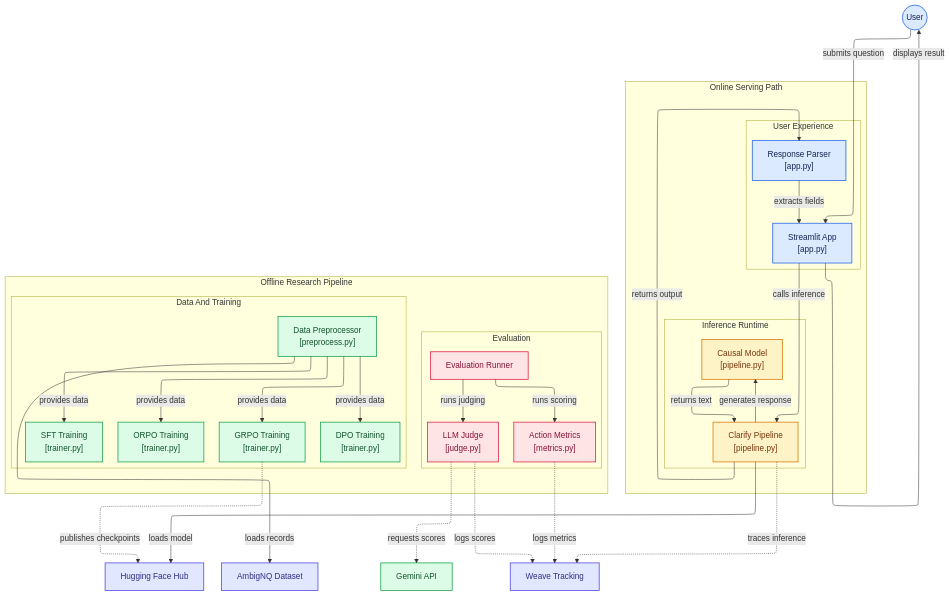
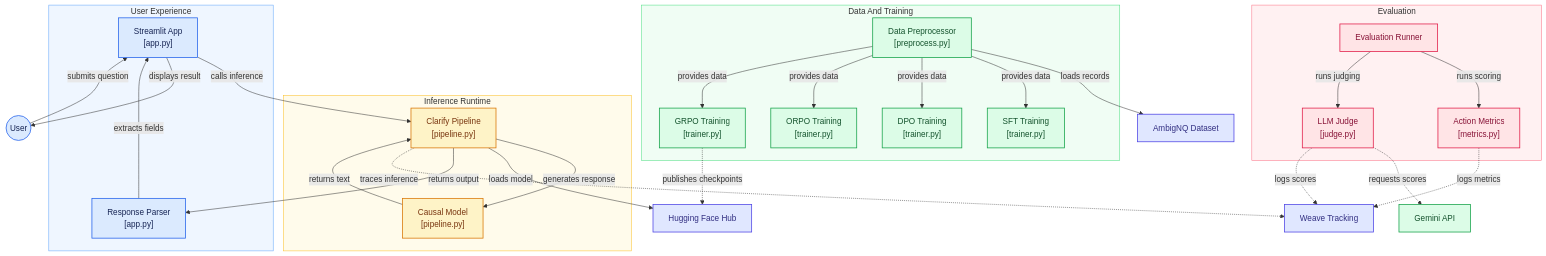
The diagram in docs/diagrams/architecture.mmd (chrisjcc/ask-before-answer), drawn with Mermaid before and after one commit. The commit also changed 1 other file, not shown here.

Commit message:
fix(docs): Fix diagram format and layout

```diff
--- a/docs/diagrams/architecture.mmd
+++ b/docs/diagrams/architecture.mmd
@@ -1,89 +1,84 @@
-%%{init: {"layout": "elk"}}%%
 flowchart TD
 
-subgraph online["Online Serving Path"]
-  direction LR
-  subgraph group_experience["User Experience"]
-    node_streamlit_app["Streamlit App<br/>[app.py]"]
-    node_response_parser["Response Parser<br/>[app.py]"]
-  end
-
-  subgraph group_inference["Inference Runtime"]
-    node_clarify_pipeline["Clarify Pipeline<br/>[pipeline.py]"]
-    node_model_runtime["Causal Model<br/>[pipeline.py]"]
-  end
+subgraph group_experience["User Experience"]
+  node_streamlit_app["Streamlit App<br/>[app.py]"]
+  node_response_parser["Response Parser<br/>[app.py]"]
 end
 
-subgraph offline["Offline Research Pipeline"]
-  direction LR
-  subgraph group_research["Data And Training"]
-    node_preprocessor["Data Preprocessor<br/>[preprocess.py]"]
-    node_sft_training["SFT Training<br/>[trainer.py]"]
-    node_dpo_training["DPO Training<br/>[trainer.py]"]
-    node_orpo_training["ORPO Training<br/>[trainer.py]"]
-    node_grpo_training["GRPO Training<br/>[trainer.py]"]
-  end
+subgraph group_inference["Inference Runtime"]
+  node_clarify_pipeline["Clarify Pipeline<br/>[pipeline.py]"]
+  node_model_runtime["Causal Model<br/>[pipeline.py]"]
+end
 
-  subgraph group_evaluation["Evaluation"]
-    node_evaluation_runner["Evaluation Runner"]
-    node_action_metrics["Action Metrics<br/>[metrics.py]"]
-    node_llm_judge["LLM Judge<br/>[judge.py]"]
-  end
+subgraph group_research["Data And Training"]
+  node_preprocessor["Data Preprocessor<br/>[preprocess.py]"]
+  node_sft_training["SFT Training<br/>[trainer.py]"]
+  node_dpo_training["DPO Training<br/>[trainer.py]"]
+  node_orpo_training["ORPO Training<br/>[trainer.py]"]
+  node_grpo_training["GRPO Training<br/>[trainer.py]"]
+end
+
+subgraph group_evaluation["Evaluation"]
+  node_evaluation_runner["Evaluation Runner"]
+  node_action_metrics["Action Metrics<br/>[metrics.py]"]
+  node_llm_judge["LLM Judge<br/>[judge.py]"]
 end
 
 node_user(("User"))
 node_hf_hub["Hugging Face Hub"]
 node_ambignq["AmbigNQ Dataset"]
 node_gemini["Gemini API"]
 node_weave["Weave Tracking"]
 
 node_user -->|"submits question"| node_streamlit_app
 node_streamlit_app -->|"calls inference"| node_clarify_pipeline
 node_clarify_pipeline -->|"generates response"| node_model_runtime
 node_clarify_pipeline -->|"loads model"| node_hf_hub
 node_model_runtime -->|"returns text"| node_clarify_pipeline
 node_clarify_pipeline -->|"returns output"| node_response_parser
 node_response_parser -->|"extracts fields"| node_streamlit_app
 node_streamlit_app -->|"displays result"| node_user
 node_clarify_pipeline -.->|"traces inference"| node_weave
 
 node_preprocessor -->|"loads records"| node_ambignq
 node_preprocessor -->|"provides data"| node_sft_training
 node_preprocessor -->|"provides data"| node_dpo_training
 node_preprocessor -->|"provides data"| node_orpo_training
 node_preprocessor -->|"provides data"| node_grpo_training
 node_evaluation_runner -->|"runs scoring"| node_action_metrics
 node_evaluation_runner -->|"runs judging"| node_llm_judge
 node_llm_judge -.->|"requests scores"| node_gemini
 node_action_metrics -.->|"logs metrics"| node_weave
 node_llm_judge -.->|"logs scores"| node_weave
-
-%% Optional: shows how a trained checkpoint reaches the Hub that Inference loads from.
-%% Remove this line if that publishing step isn't part of your actual pipeline.
 node_grpo_training -.->|"publishes checkpoints"| node_hf_hub
 
 click node_streamlit_app "https://github.com/chrisjcc/ask-before-answer/blob/main/app/app.py"
 click node_response_parser "https://github.com/chrisjcc/ask-before-answer/blob/main/app/app.py"
 click node_clarify_pipeline "https://github.com/chrisjcc/ask-before-answer/blob/main/src/ask_before_answer/inference/pipeline.py"
 click node_model_runtime "https://github.com/chrisjcc/ask-before-answer/blob/main/src/ask_before_answer/inference/pipeline.py"
 click node_preprocessor "https://github.com/chrisjcc/ask-before-answer/blob/main/src/ask_before_answer/data/preprocess.py"
 click node_sft_training "https://github.com/chrisjcc/ask-before-answer/blob/main/src/ask_before_answer/training/trainer.py"
 click node_dpo_training "https://github.com/chrisjcc/ask-before-answer/blob/main/src/ask_before_answer/training/trainer.py"
 click node_orpo_training "https://github.com/chrisjcc/ask-before-answer/blob/main/src/ask_before_answer/training/trainer.py"
 click node_grpo_training "https://github.com/chrisjcc/ask-before-answer/blob/main/src/ask_before_answer/training/trainer.py"
 click node_evaluation_runner "https://github.com/chrisjcc/ask-before-answer/tree/main/src/ask_before_answer/evaluation"
 click node_action_metrics "https://github.com/chrisjcc/ask-before-answer/blob/main/src/ask_before_answer/evaluation/metrics.py"
 click node_llm_judge "https://github.com/chrisjcc/ask-before-answer/blob/main/src/ask_before_answer/evaluation/judge.py"
 
+style group_experience fill:#eff6ff,stroke:#60a5fa,stroke-width:1px
+style group_inference fill:#fffbeb,stroke:#fbbf24,stroke-width:1px
+style group_research fill:#f0fdf4,stroke:#4ade80,stroke-width:1px
+style group_evaluation fill:#fff1f2,stroke:#fb7185,stroke-width:1px
+
 classDef toneNeutral fill:#f8fafc,stroke:#334155,stroke-width:1.5px,color:#0f172a
 classDef toneBlue fill:#dbeafe,stroke:#2563eb,stroke-width:1.5px,color:#172554
 classDef toneAmber fill:#fef3c7,stroke:#d97706,stroke-width:1.5px,color:#78350f
 classDef toneMint fill:#dcfce7,stroke:#16a34a,stroke-width:1.5px,color:#14532d
 classDef toneRose fill:#ffe4e6,stroke:#e11d48,stroke-width:1.5px,color:#881337
 classDef toneIndigo fill:#e0e7ff,stroke:#4f46e5,stroke-width:1.5px,color:#312e81
 classDef toneTeal fill:#ccfbf1,stroke:#0f766e,stroke-width:1.5px,color:#134e4a
 class node_streamlit_app,node_response_parser,node_user toneBlue
 class node_clarify_pipeline,node_model_runtime toneAmber
 class node_preprocessor,node_sft_training,node_dpo_training,node_orpo_training,node_grpo_training,node_gemini toneMint
 class node_evaluation_runner,node_action_metrics,node_llm_judge toneRose
 class node_hf_hub,node_ambignq,node_weave toneIndigo
```
